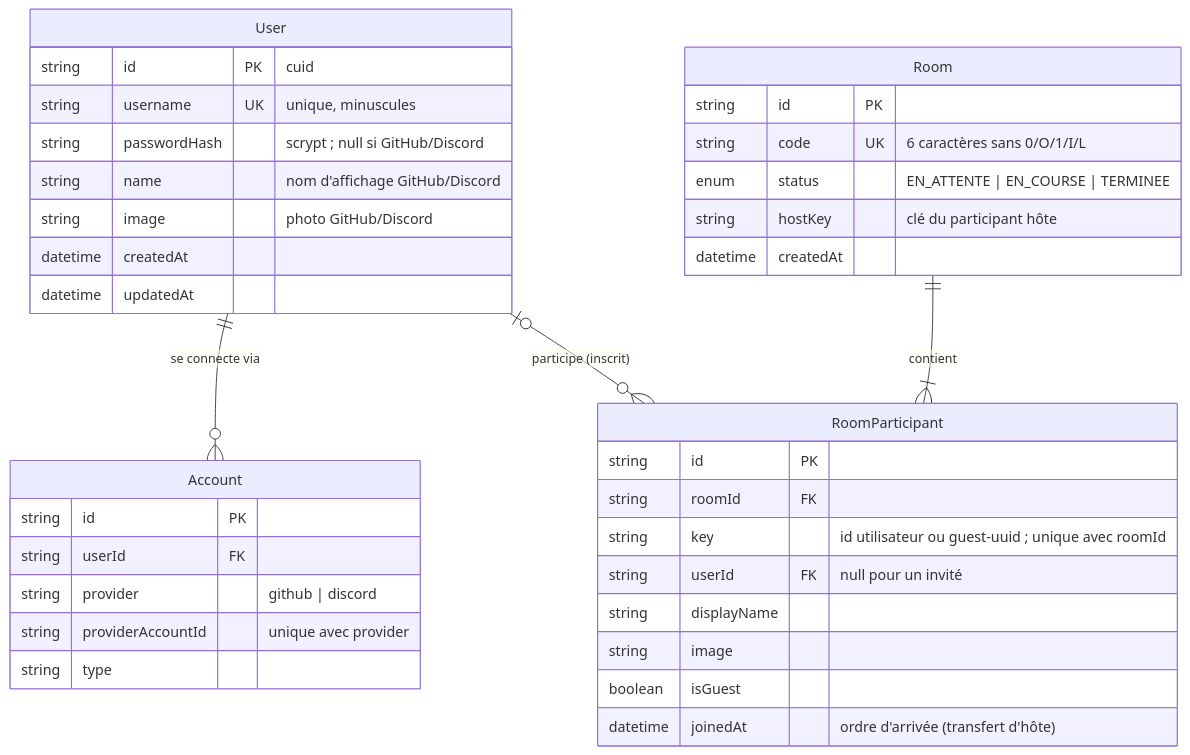
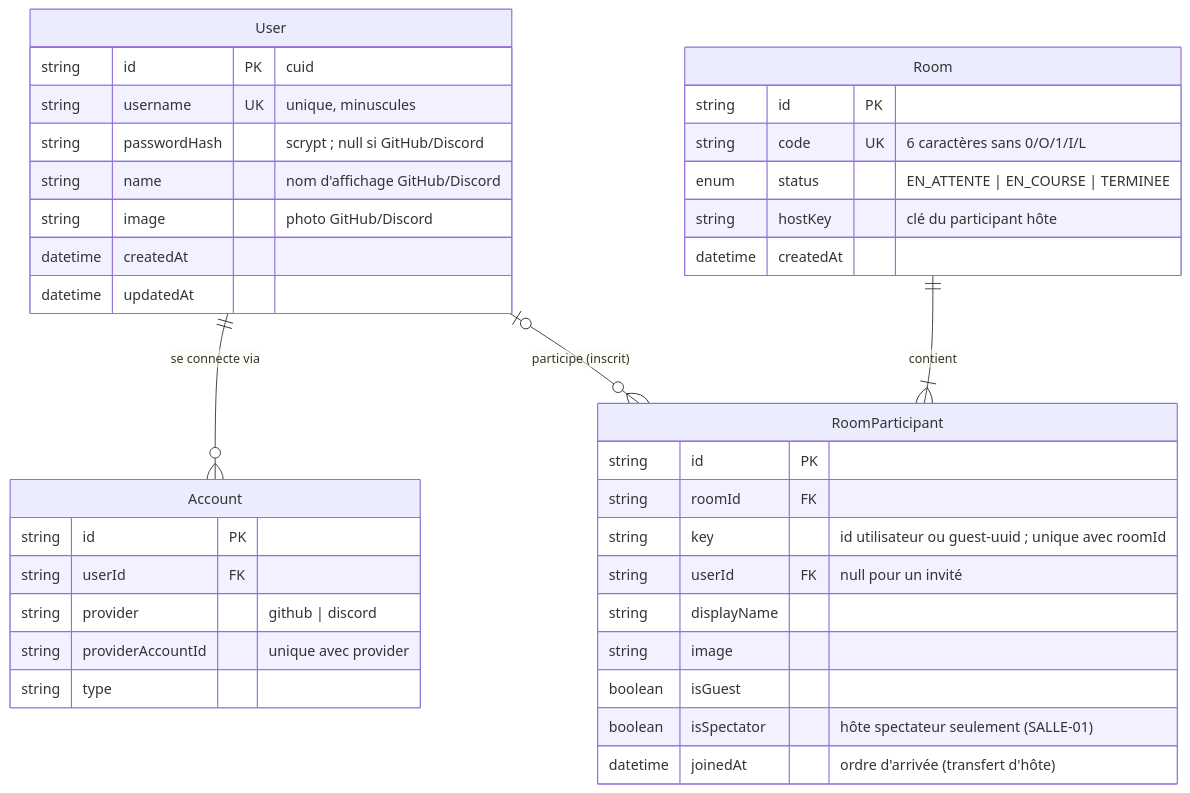
One commit to devzr24/typing-race changed the first of 2 diagrams in docs/architecture/modele-de-donnees.md. Above: the diagram before and after it, drawn with Mermaid. The commit also changed other lines of this file and 3 other files, not shown here.

Commit message:
docs: version initiale d'ARCHITECTURE.md et machine à états COURSE-01

````diff
--- a/docs/architecture/modele-de-donnees.md
+++ b/docs/architecture/modele-de-donnees.md
@@ -8,40 +8,41 @@
 ```mermaid
 erDiagram
     User ||--o{ Account : "se connecte via"
     User |o--o{ RoomParticipant : "participe (inscrit)"
     Room ||--|{ RoomParticipant : "contient"
 
     User {
         string id PK "cuid"
         string username UK "unique, minuscules"
         string passwordHash "scrypt ; null si GitHub/Discord"
         string name "nom d'affichage GitHub/Discord"
         string image "photo GitHub/Discord"
         datetime createdAt
         datetime updatedAt
     }
     Account {
         string id PK
         string userId FK
         string provider "github | discord"
         string providerAccountId "unique avec provider"
         string type
     }
     Room {
         string id PK
         string code UK "6 caractères sans 0/O/1/I/L"
         enum status "EN_ATTENTE | EN_COURSE | TERMINEE"
         string hostKey "clé du participant hôte"
         datetime createdAt
     }
     RoomParticipant {
         string id PK
         string roomId FK
         string key "id utilisateur ou guest-uuid ; unique avec roomId"
         string userId FK "null pour un invité"
         string displayName
         string image
         boolean isGuest
+        boolean isSpectator "hôte spectateur seulement (SALLE-01)"
         datetime joinedAt "ordre d'arrivée (transfert d'hôte)"
     }
 ```
````
